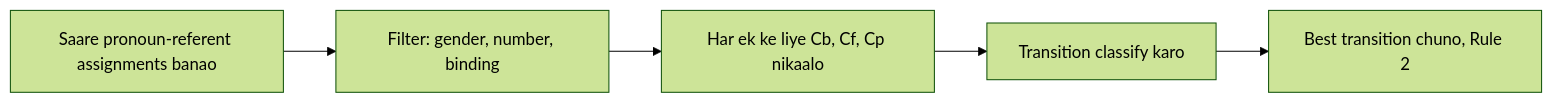
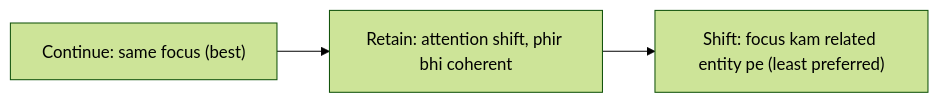
Before and after one commit to TrendySloth1001/sem-seven-notes: the diagram in content/natural-language-processing/pyq/2023-05-ce/q4b.hi.mdx, drawn with Mermaid (forest theme). The commit also changed other lines of this file and 406 other files, not shown here.

Commit message:
Rewrite all NLP notes and answers from the teachers' class files and add both class assignments with solutions. They cite only the class notes, solved PYQs, assignment solution and Module 6 slides, use 67 class figures, and drop the web references and Wikimedia images.

````diff
--- a/content/natural-language-processing/pyq/2023-05-ce/q4b.hi.mdx
+++ b/content/natural-language-processing/pyq/2023-05-ce/q4b.hi.mdx
@@ -29,8 +20,6 @@
 ```mermaid
-%% caption: Centering algorithm har pronoun-to-antecedent assignment try karta hai aur best transition wala rakhta hai.
+%% caption: Centering transitions ka preference order.
 flowchart LR
-  A["Saare pronoun-referent assignments banao"] --> B["Filter: gender, number, binding"]
-  B --> C["Har ek ke liye Cb, Cf, Cp nikaalo"]
-  C --> D["Transition classify karo"]
-  D --> E["Best transition chuno, Rule 2"]
+  A["Continue: same focus (best)"] --> B["Retain: attention shift, phir bhi coherent"]
+  B --> C["Shift: focus kam related entity pe (least preferred)"]
 ```
````
